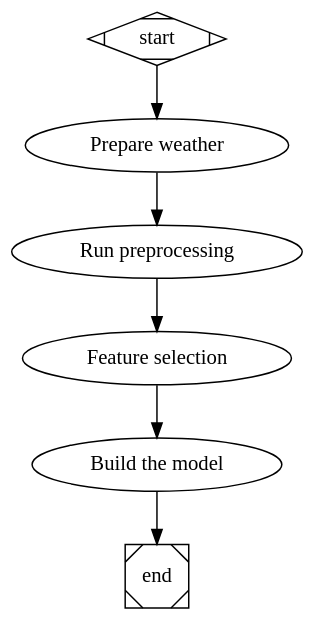
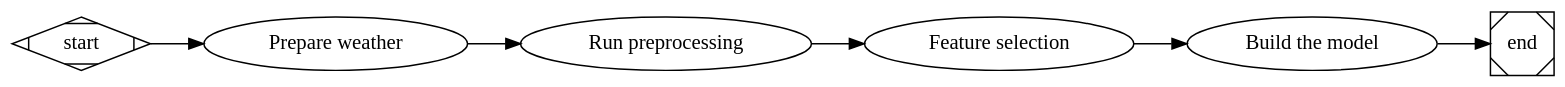
The diagram in docs/index.rst (canmet-energy/btap_ml), drawn with Graphviz before and after one commit. The commit also changed other lines of this file and 6 other files, not shown here.

```diff
--- a/docs/index.rst
+++ b/docs/index.rst
@@ -22,15 +22,16 @@
 .. graphviz::
    :name: Processing overview
 
    digraph G {
       bgcolor=transparent;
+      rankdir=LR;
 
       start -> weather -> preprocess -> features -> build -> end;
 
       start [shape=Mdiamond];
       weather [label="Prepare weather"];
       preprocess [label="Run preprocessing"];
       features [label="Feature selection"];
       build [label="Build the model"];
       end [shape=Msquare];
     }
```
